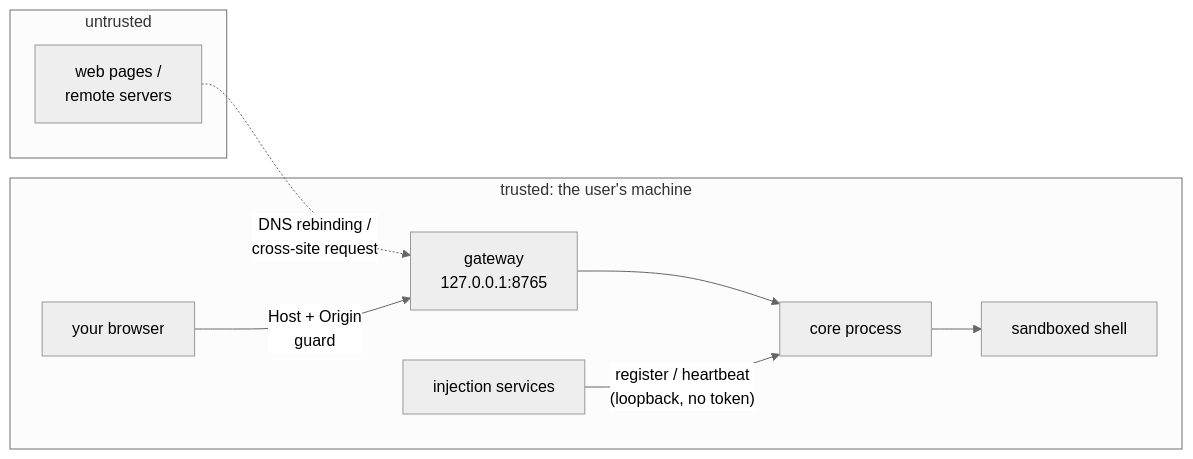
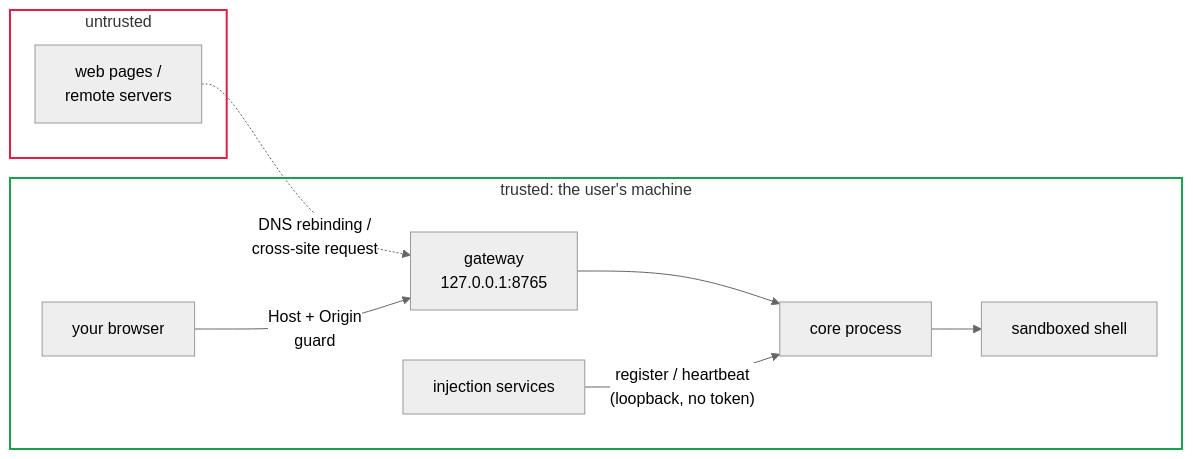
Before and after one commit to DarkSpaceY/NAN-itself: the first of 3 diagrams in docs/for-users/security.md, drawn with Mermaid (neutral theme). The commit also changed 2 other files, not shown here.

Commit message:
docs: use transparent subgraph fills with colored borders

````diff
--- a/docs/for-users/security.md
+++ b/docs/for-users/security.md
@@ -9,18 +9,20 @@
 ```mermaid
 flowchart LR
     subgraph REMOTE["untrusted"]
         WEB["web pages /<br/>remote servers"]
     end
     subgraph LOCAL["trusted: the user's machine"]
         BR["your browser"]
         GW["gateway<br/>127.0.0.1:8765"]
         CORE["core process"]
         SVC["injection services"]
         SBX["sandboxed shell"]
     end
     WEB -.->|"DNS rebinding /<br/>cross-site request"| GW
     BR -->|"Host + Origin<br/>guard"| GW
     GW --> CORE
     SVC -->|"register / heartbeat<br/>(loopback, no token)"| CORE
     CORE --> SBX
+    style REMOTE fill:transparent,stroke:#e11d48,stroke-width:2px
+    style LOCAL fill:transparent,stroke:#16a34a,stroke-width:2px
 ```
````
